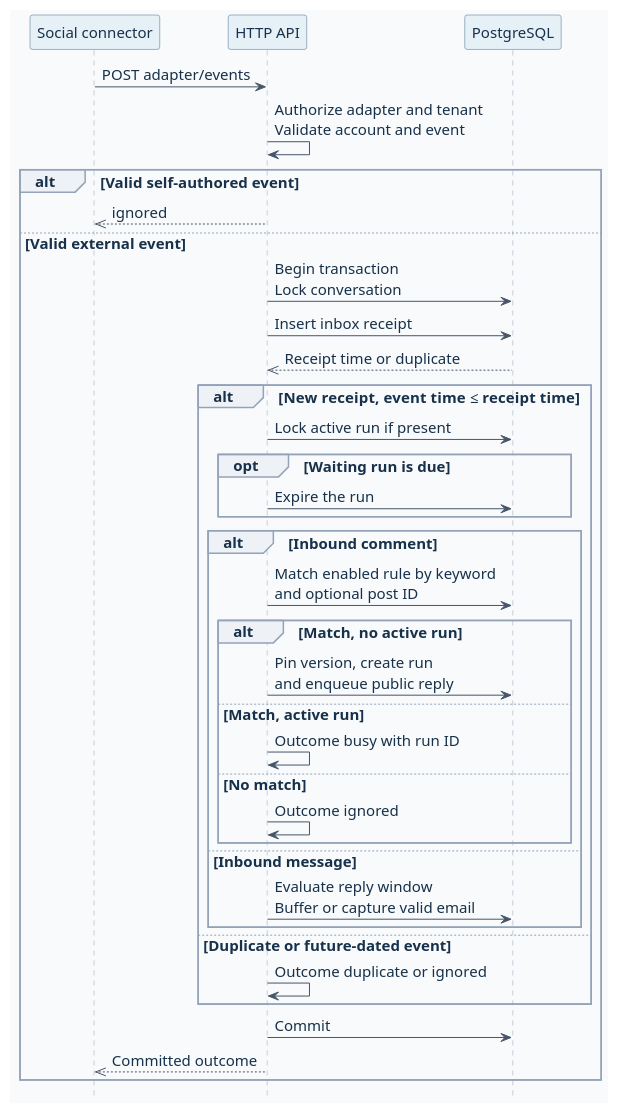
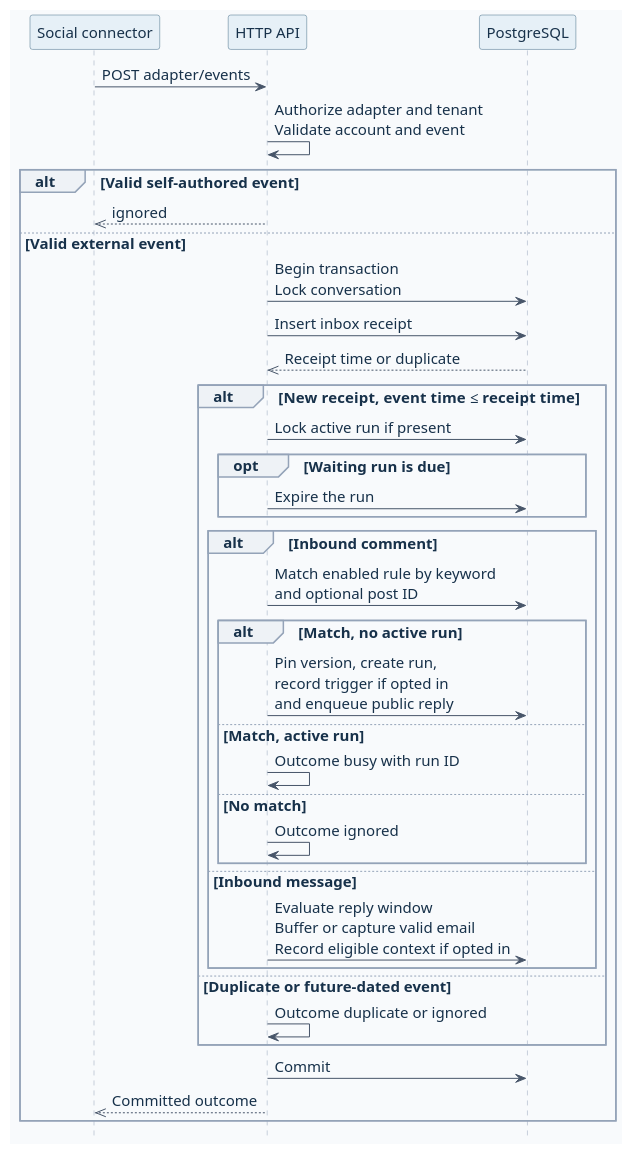
One commit to ByAxe/blotato-comment-automations changed the diagram in docs/diagrams/ingestion.puml. Above: the diagram before and after it, drawn with PlantUML. The commit also changed 25 other files, not shown here.

Commit message:
docs: align diagrams and acceptance checks with retained participant context

```diff
--- a/docs/diagrams/ingestion.puml
+++ b/docs/diagrams/ingestion.puml
@@ -1,57 +1,57 @@
 @startuml
 hide footbox
 skinparam BackgroundColor #F8FAFC
 skinparam DefaultFontName SansSerif
 skinparam DefaultFontColor #17314A
 skinparam DefaultFontSize 15
 skinparam Shadowing false
 skinparam ArrowColor #475569
 skinparam SequenceLifeLineBorderColor #94A3B8
 skinparam SequenceParticipantBackgroundColor #E6F0F7
 skinparam SequenceParticipantBorderColor #456C87
 skinparam SequenceGroupBackgroundColor #EEF2F6
 skinparam SequenceGroupBorderColor #94A3B8
 <style>
 participant {
   Padding 12
 }
 </style>
 skinparam BoxPadding 12
 skinparam maxMessageSize 260
 
 participant "Social connector" as gateway
 participant "HTTP API" as api
 participant "PostgreSQL" as db
 
 gateway -> api : POST adapter/events
 api -> api : Authorize adapter and tenant\nValidate account and event
 alt Valid self-authored event
   api -->> gateway : ignored
 else Valid external event
   api -> db : Begin transaction\nLock conversation
   api -> db : Insert inbox receipt
   db -->> api : Receipt time or duplicate
   alt New receipt, event time ≤ receipt time
     api -> db : Lock active run if present
     opt Waiting run is due
       api -> db : Expire the run
     end
     alt Inbound comment
       api -> db : Match enabled rule by keyword\nand optional post ID
       alt Match, no active run
-        api -> db : Pin version, create run\nand enqueue public reply
+        api -> db : Pin version, create run,\nrecord trigger if opted in\nand enqueue public reply
       else Match, active run
         api -> api : Outcome busy with run ID
       else No match
         api -> api : Outcome ignored
       end
     else Inbound message
-      api -> db : Evaluate reply window\nBuffer or capture valid email
+      api -> db : Evaluate reply window\nBuffer or capture valid email\nRecord eligible context if opted in
     end
   else Duplicate or future-dated event
     api -> api : Outcome duplicate or ignored
   end
   api -> db : Commit
   api -->> gateway : Committed outcome
 end
 @enduml
```
